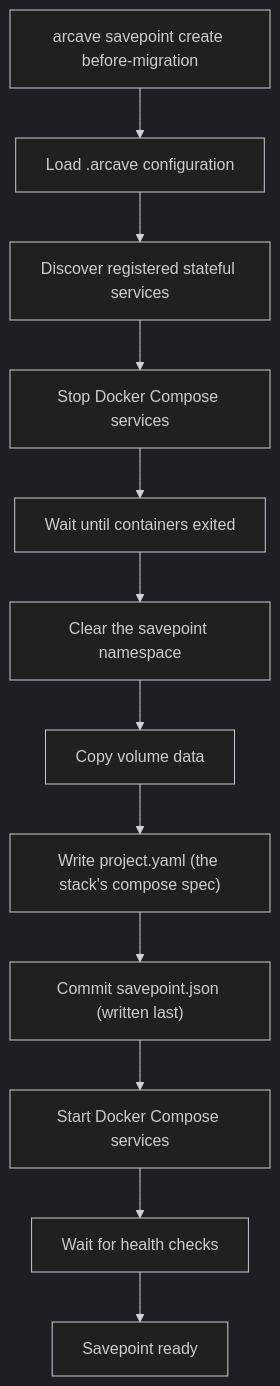
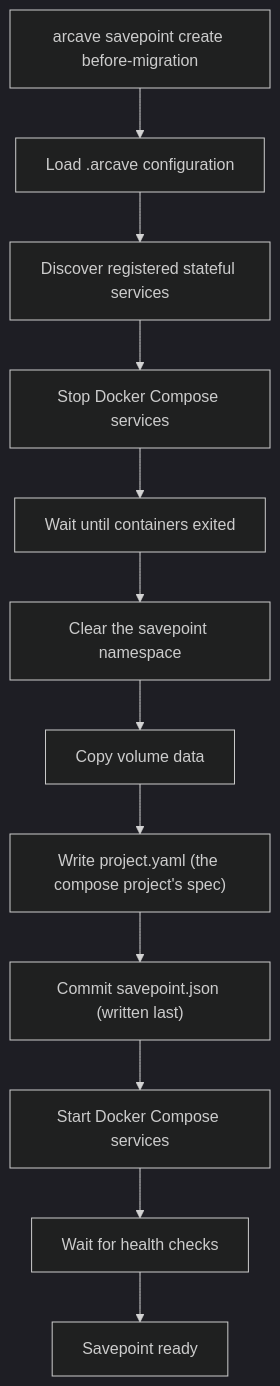
Before and after one commit to GreenmaskIO/arcave: the first of 2 diagrams in doc/spec.md, drawn with Mermaid (dark theme). The commit also changed other lines of this file and 60 other files, not shown here.

First line of the commit message:
refactor: name the compose project after compose, not "stack"

````diff
--- a/doc/spec.md
+++ b/doc/spec.md
@@ -53,15 +53,15 @@
 ```mermaid
 flowchart TD
     A["arcave savepoint create before-migration"]
     A --> B["Load .arcave configuration"]
     B --> C["Discover registered stateful services"]
     C --> D["Stop Docker Compose services"]
     D --> E["Wait until containers exited"]
     E --> F["Clear the savepoint namespace"]
     F --> G["Copy volume data"]
-    G --> G2["Write project.yaml (the stack's compose spec)"]
+    G --> G2["Write project.yaml (the compose project's spec)"]
     G2 --> H["Commit savepoint.json (written last)"]
     H --> I["Start Docker Compose services"]
     I --> J["Wait for health checks"]
     J --> K["Savepoint ready"]
 ```
````
